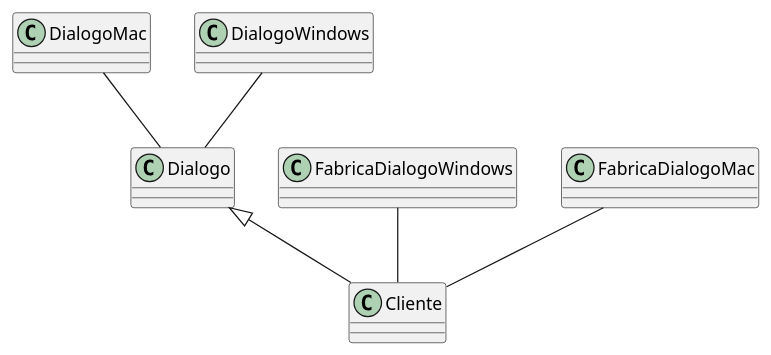
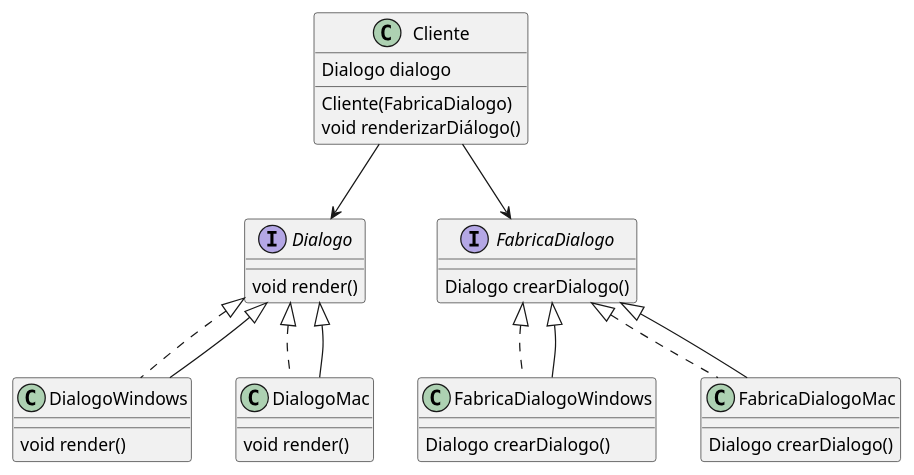
Before and after one commit to rodriiMatamoros/Ejercicio_SorpresaTecnicas: the diagram in Ejercio.puml, drawn with PlantUML. The commit also changed other lines of this file, not shown here.

Commit message:
Ejercicio1Puml

```diff
--- a/Ejercio.puml
+++ b/Ejercio.puml
@@ -1,32 +1,38 @@
 @startuml
-class DialogoMac{
-   
+interface Dialogo {
+    void render()
 }
 
-class DialogoWindows{
-
+class DialogoWindows implements Dialogo {
+    void render()
 }
 
-class Dialogo{
-
+class DialogoMac implements Dialogo {
+    void render()
 }
 
-class FabricaDialogoWindows{
-
+interface FabricaDialogo {
+    Dialogo crearDialogo()
 }
 
-class FabricaDialogoMac{
-
+class FabricaDialogoWindows implements FabricaDialogo {
+    Dialogo crearDialogo()
 }
 
-class Cliente{
-
+class FabricaDialogoMac implements FabricaDialogo {
+    Dialogo crearDialogo()
 }
 
+class Cliente {
+    Dialogo dialogo
+    Cliente(FabricaDialogo)
+    void renderizarDiálogo()
+}
 
-DialogoMac -- Dialogo
-DialogoWindows -- Dialogo
-FabricaDialogoWindows -- Cliente
-FabricaDialogoMac -- Cliente
-Dialogo <|-- Cliente
+FabricaDialogo <|-- FabricaDialogoWindows
+FabricaDialogo <|-- FabricaDialogoMac
+Dialogo <|-- DialogoWindows
+Dialogo <|-- DialogoMac
+Cliente --> FabricaDialogo
+Cliente --> Dialogo
 @enduml
```
